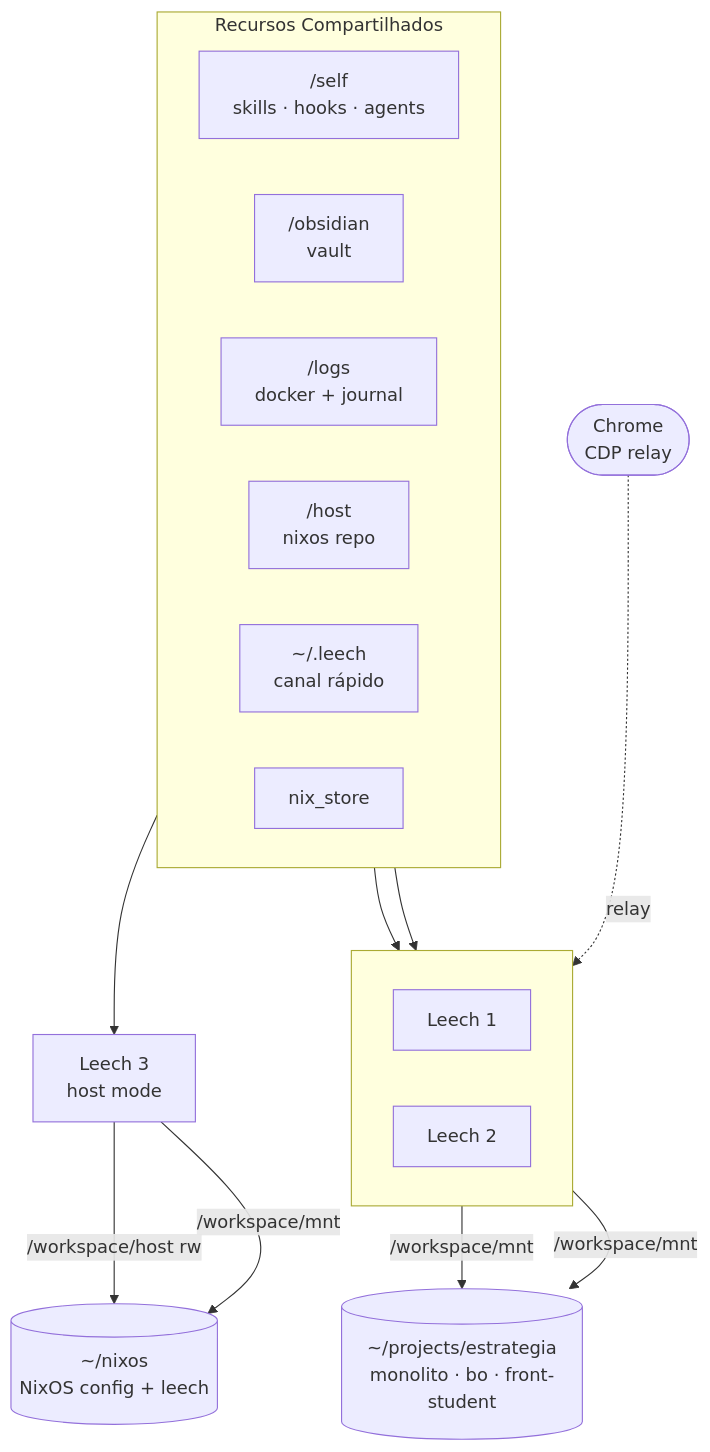
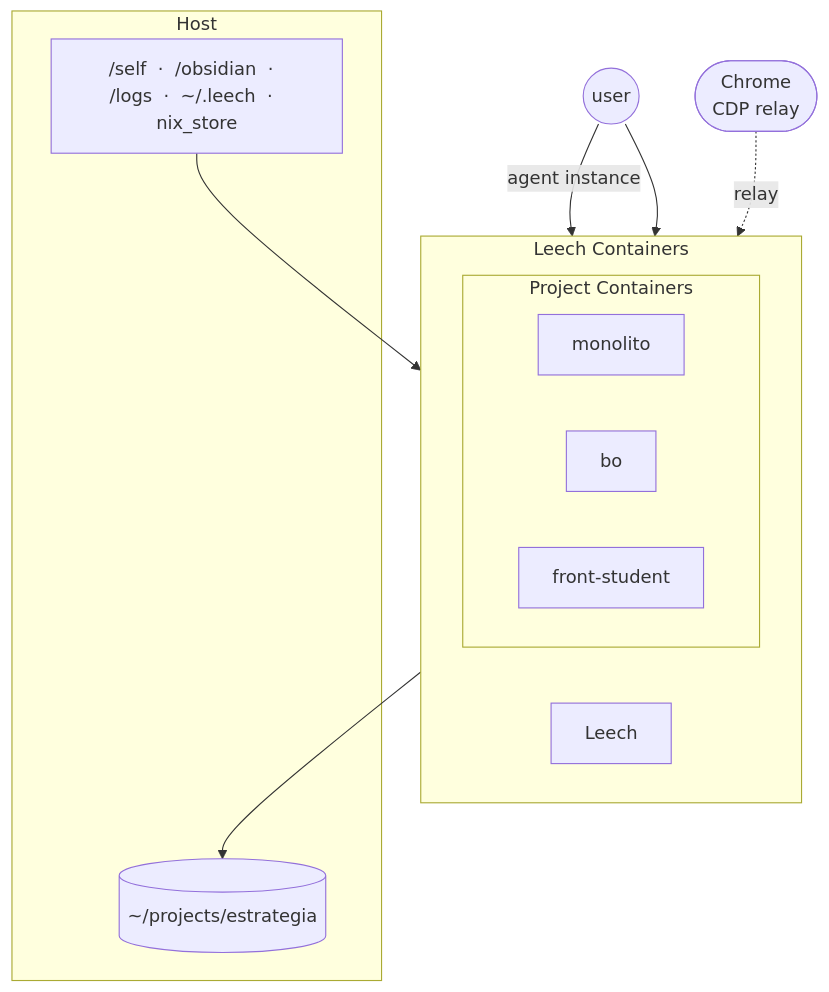
Before and after one commit to autibequi/nixos: the diagram in README.md, drawn with Mermaid. The commit also changed 5 other files, not shown here.

Commit message:
refactor: update README and Docker configurations; remove deprecated host flag from CLI commands, streamline session management, and enhance container structure for improved clarity and organization

````diff
--- a/README.md
+++ b/README.md
@@ -7,32 +7,27 @@
 ```mermaid
 graph TB
-    subgraph SHARED["Recursos Compartilhados"]
+    USER(("user"))
+    CHROME(["Chrome<br/>CDP relay"])
+
+    subgraph CONTAINERS["Leech Containers"]
         direction LR
-        SSELF["/self<br/>skills · hooks · agents"]
-        SOBS["/obsidian<br/>vault"]
-        SLOGS["/logs<br/>docker + journal"]
-        SHOST["/host<br/>nixos repo"]
-        SCH["~/.leech<br/>canal rápido"]
-        SNIX["nix_store"]
+        L["Leech"]
+        subgraph APP["Project Containers"]
+            direction LR
+            MONO["monolito"]
+            BO["bo"]
+            FRONT["front-student"]
+        end
     end
 
-    CHROME(["Chrome<br/>CDP relay"])
-
-    subgraph L12["  "]
-        direction LR
-        L1["Leech 1"]
-        L2["Leech 2"]
+    subgraph HOST["Host"]
+        VOLS["/self  ·  /obsidian  ·  /logs  ·  ~/.leech  ·  nix_store"]
+        PROJ[("~/projects/estrategia")]
     end
 
-    L3["Leech 3<br/>host mode"]
-
-    SHARED --> L1 & L2 & L3
-    CHROME -.->|relay| L1
-
-    PROJ[("~/projects/estrategia<br/>monolito · bo · front-student")]
-    NIXOS[("~/nixos<br/>NixOS config + leech")]
-
-    L1 & L2 -- /workspace/mnt --> PROJ
-    L3 -- /workspace/mnt --> NIXOS
-    L3 -- /workspace/host rw --> NIXOS
+    USER -->|agent instance| L
+    USER --> APP
+    CHROME -.->|relay| L
+    VOLS --> CONTAINERS
+    CONTAINERS --> PROJ
 ```
````
